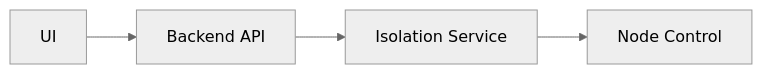
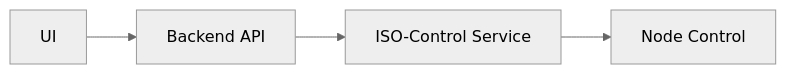
Before and after one commit to yejinj/ISO-Control: the second of 2 diagrams in docs/README.md, drawn with Mermaid (neutral theme). The commit also changed other lines of this file, not shown here.

````diff
--- a/docs/README.md
+++ b/docs/README.md
@@ -170,6 +161,6 @@
 ```mermaid
 graph LR
     A[UI] --> B[Backend API]
-    B --> C[Isolation Service]
+    B --> C[ISO-Control Service]
     C --> D[Node Control]
 ```
````
